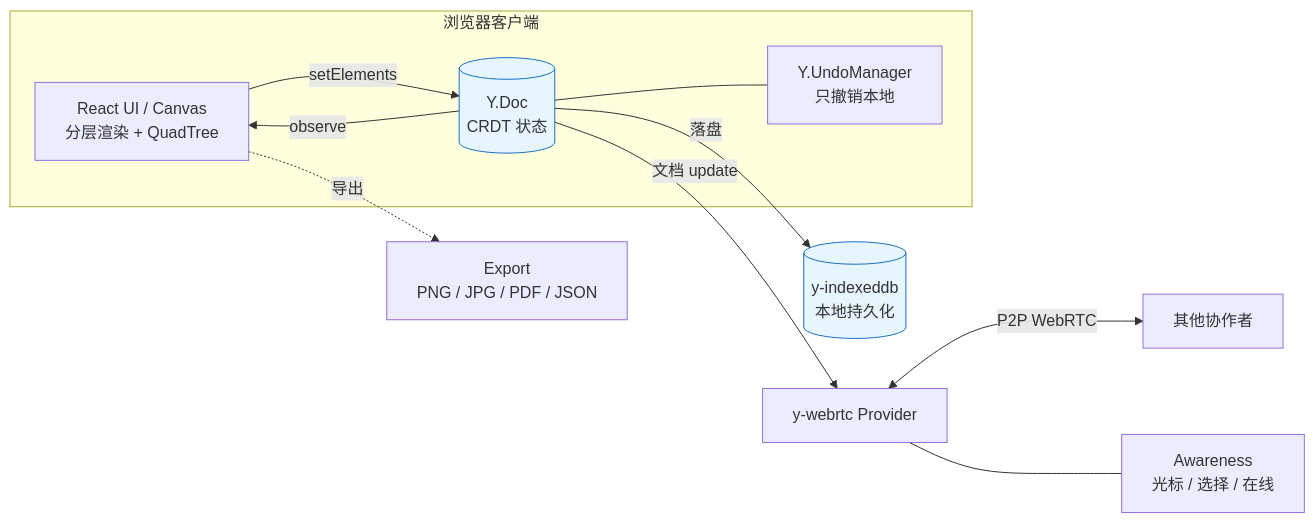
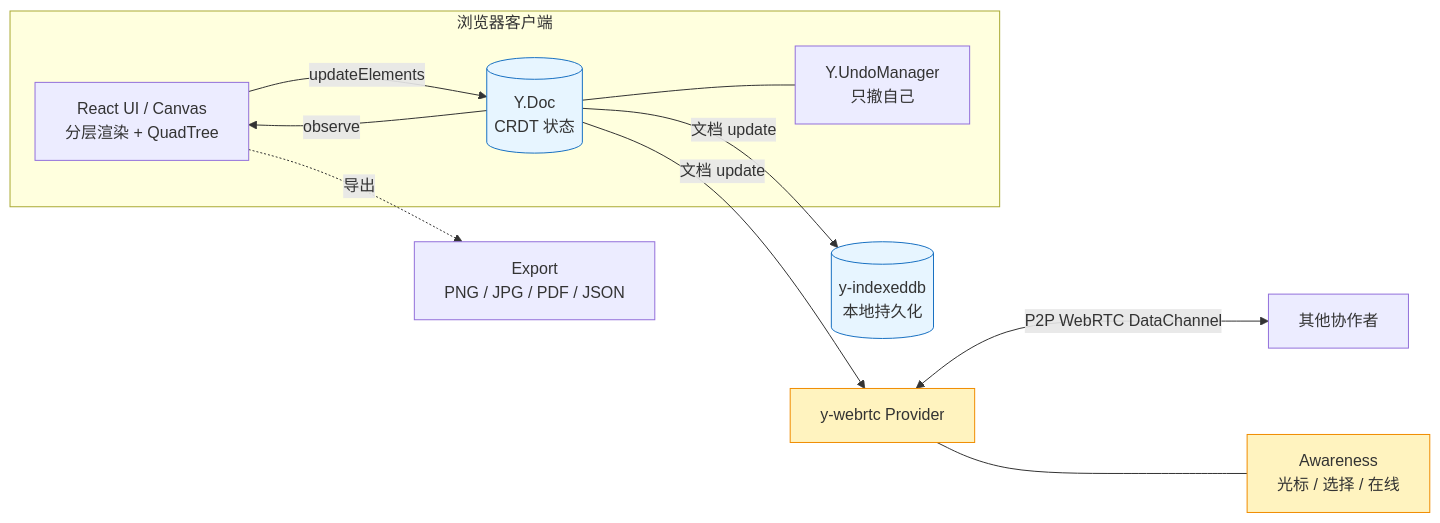
The diagram in README.md (ZhechenZ/mini-excalidraw), drawn with Mermaid before and after one commit. The commit also changed other lines of this file and 1 other file, not shown here.

````diff
--- a/README.md
+++ b/README.md
@@ -45,18 +183,18 @@
 ```mermaid
 flowchart LR
   subgraph Client[浏览器客户端]
-    UI[React UI / Canvas<br/>分层渲染 + QuadTree] -->|setElements| State[(Y.Doc<br/>CRDT 状态)]
+    UI[React UI / Canvas<br/>分层渲染 + QuadTree] -->|updateElements| State[(Y.Doc<br/>CRDT 状态)]
     State -->|observe| UI
-    State --- Undo[Y.UndoManager<br/>只撤销本地]
+    State --- Undo[Y.UndoManager<br/>只撤自己]
   end
-
-  State -->|落盘| IDB[(y-indexeddb<br/>本地持久化)]
+  State -->|文档 update| IDB[(y-indexeddb<br/>本地持久化)]
   State -->|文档 update| RTC[y-webrtc Provider]
-  RTC <-->|P2P WebRTC| Peers[其他协作者]
+  RTC <-->|P2P WebRTC DataChannel| Peers[其他协作者]
   RTC --- AW[Awareness<br/>光标 / 选择 / 在线]
-
   UI -.->|导出| EX[Export<br/>PNG / JPG / PDF / JSON]
 
   classDef store fill:#e7f5ff,stroke:#1971c2;
+  classDef net fill:#fff3bf,stroke:#f08c00;
   class State,IDB store;
+  class RTC,AW net;
 ```
````
